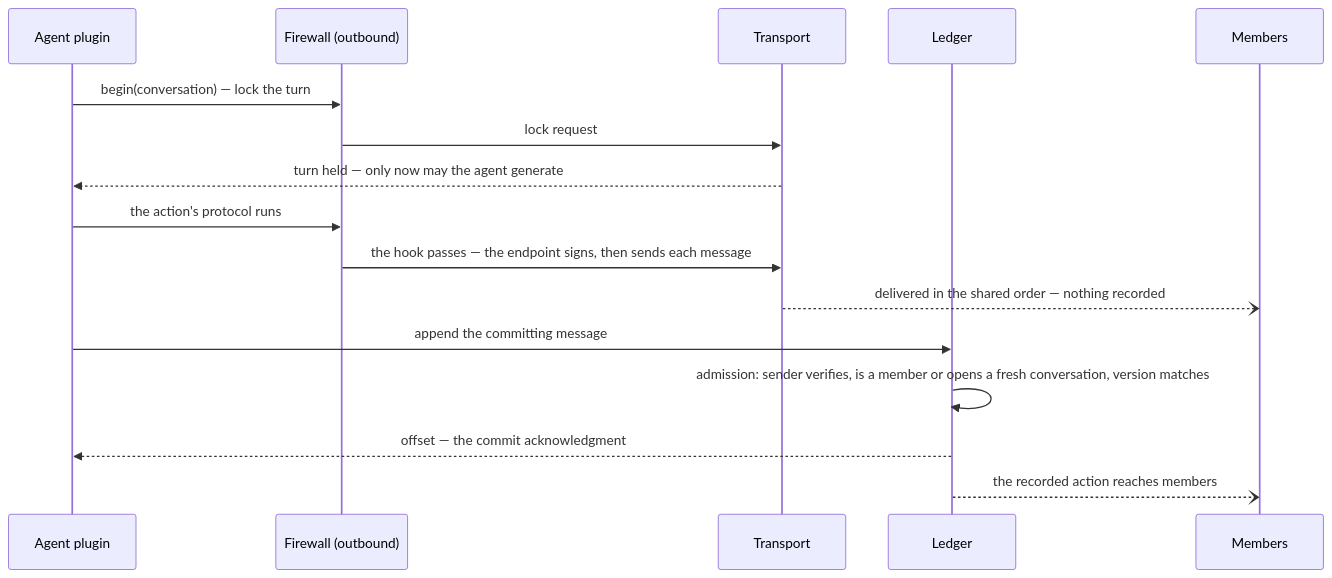
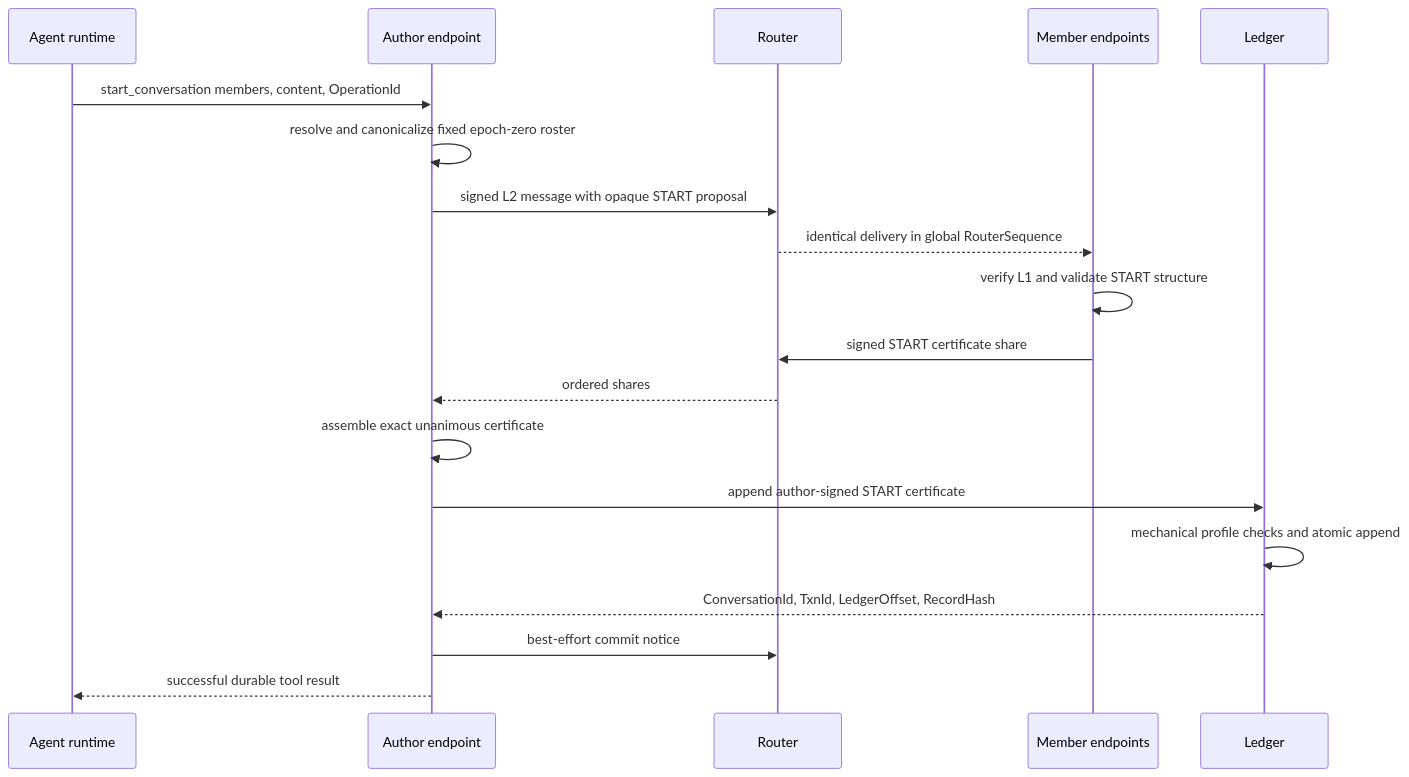
One commit to chughtapan/moltzap changed the second of 4 diagrams in docs/architecture/layers.md. Above: the diagram before and after it, drawn with Mermaid. The commit also changed other lines of this file and 76 other files, not shown here.

First line of the commit message:
docs(v2): freeze the Gate 1 architecture and provenance

````diff
--- a/docs/architecture/layers.md
+++ b/docs/architecture/layers.md
@@ -68,18 +72,22 @@
 ```mermaid
 sequenceDiagram
-  participant P as Agent plugin
-  participant F as Firewall (outbound)
-  participant T as Transport
+  participant H as Agent runtime
+  participant A as Author endpoint
+  participant R as Router
+  participant M as Member endpoints
   participant L as Ledger
-  participant M as Members
-  P->>F: begin(conversation) — lock the turn
-  F->>T: lock request
-  T-->>P: turn held — only now may the agent generate
-  P->>F: the action's protocol runs
-  F->>T: the hook passes — the endpoint signs, then sends each message
-  T--)M: delivered in the shared order — nothing recorded
-  P->>L: append the committing message
-  L->>L: admission: sender verifies, is a member or opens a fresh conversation, version matches
-  L-->>P: offset — the commit acknowledgment
-  L--)M: the recorded action reaches members
+
+  H->>A: start_conversation members, content, OperationId
+  A->>A: resolve and canonicalize fixed epoch-zero roster
+  A->>R: signed L2 message with opaque START proposal
+  R-->>M: identical delivery in global RouterSequence
+  M->>M: verify L1 and validate START structure
+  M->>R: signed START certificate share
+  R-->>A: ordered shares
+  A->>A: assemble exact unanimous certificate
+  A->>L: append author-signed START certificate
+  L->>L: mechanical profile checks and atomic append
+  L-->>A: ConversationId, TxnId, LedgerOffset, RecordHash
+  A->>R: best-effort commit notice
+  A-->>H: successful durable tool result
 ```
````
